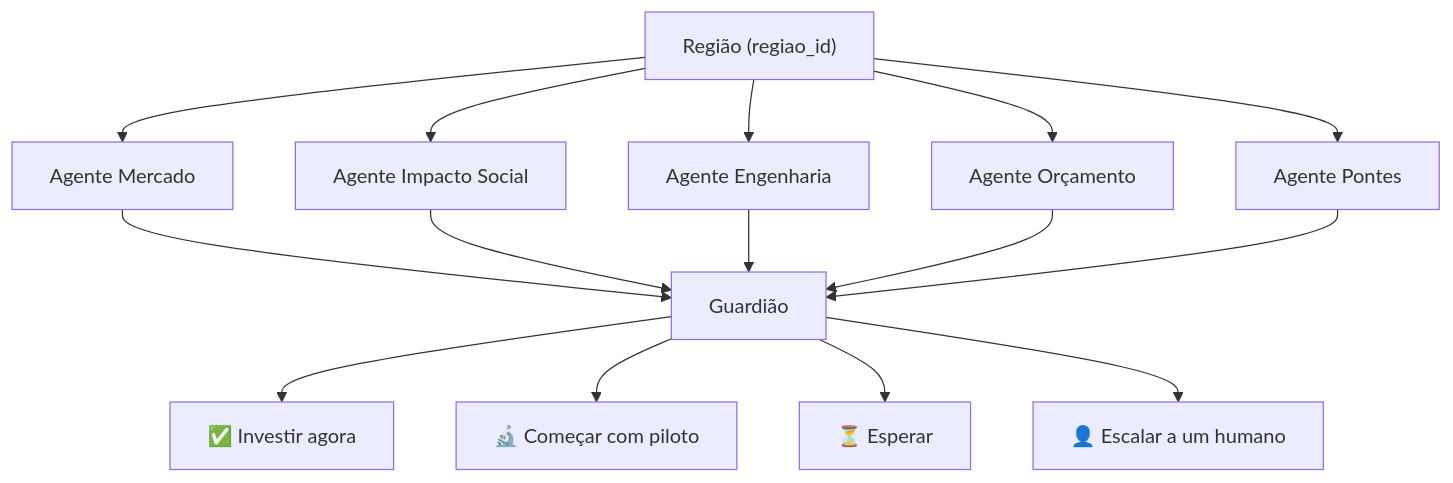
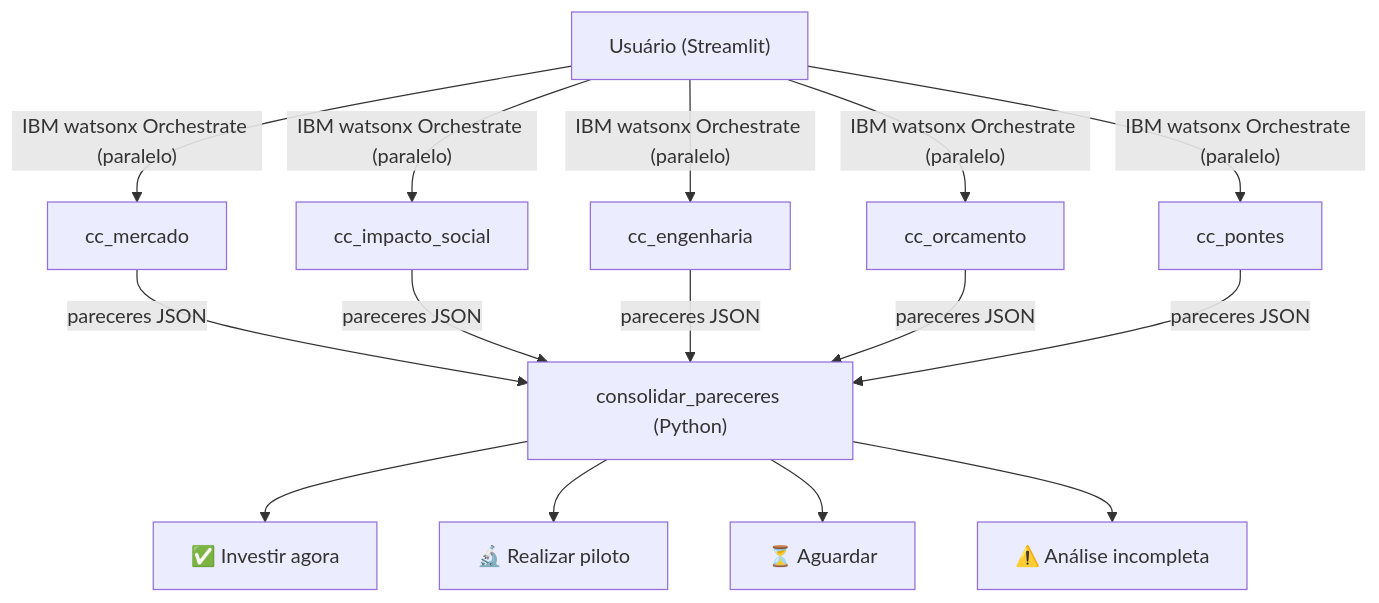
The diagram in README.md (LauraRodrigues31/inteli_girls), drawn with Mermaid before and after one commit. The commit also changed other lines of this file and 4 other files, not shown here.

````diff
--- a/README.md
+++ b/README.md
@@ -17,18 +19,18 @@
 ```mermaid
 flowchart TD
-    R["Região (regiao_id)"]
-    M["Agente Mercado"]
-    S["Agente Impacto Social"]
-    E["Agente Engenharia"]
-    O["Agente Orçamento"]
-    P["Agente Pontes"]
-    G["Guardião"]
+    U["Usuário (Streamlit)"]
+    M["cc_mercado"]
+    S["cc_impacto_social"]
+    E["cc_engenharia"]
+    O["cc_orcamento"]
+    P["cc_pontes"]
+    C["consolidar_pareceres (Python)"]
     D1["✅ Investir agora"]
-    D2["🔬 Começar com piloto"]
-    D3["⏳ Esperar"]
-    D4["👤 Escalar a um humano"]
+    D2["🔬 Realizar piloto"]
+    D3["⏳ Aguardar"]
+    D4["⚠️ Análise incompleta"]
 
-    R --> M & S & E & O & P
-    M & S & E & O & P --> G
-    G --> D1 & D2 & D3 & D4
+    U -->|"IBM watsonx Orchestrate (paralelo)"| M & S & E & O & P
+    M & S & E & O & P -->|"pareceres JSON"| C
+    C --> D1 & D2 & D3 & D4
 ```
````
